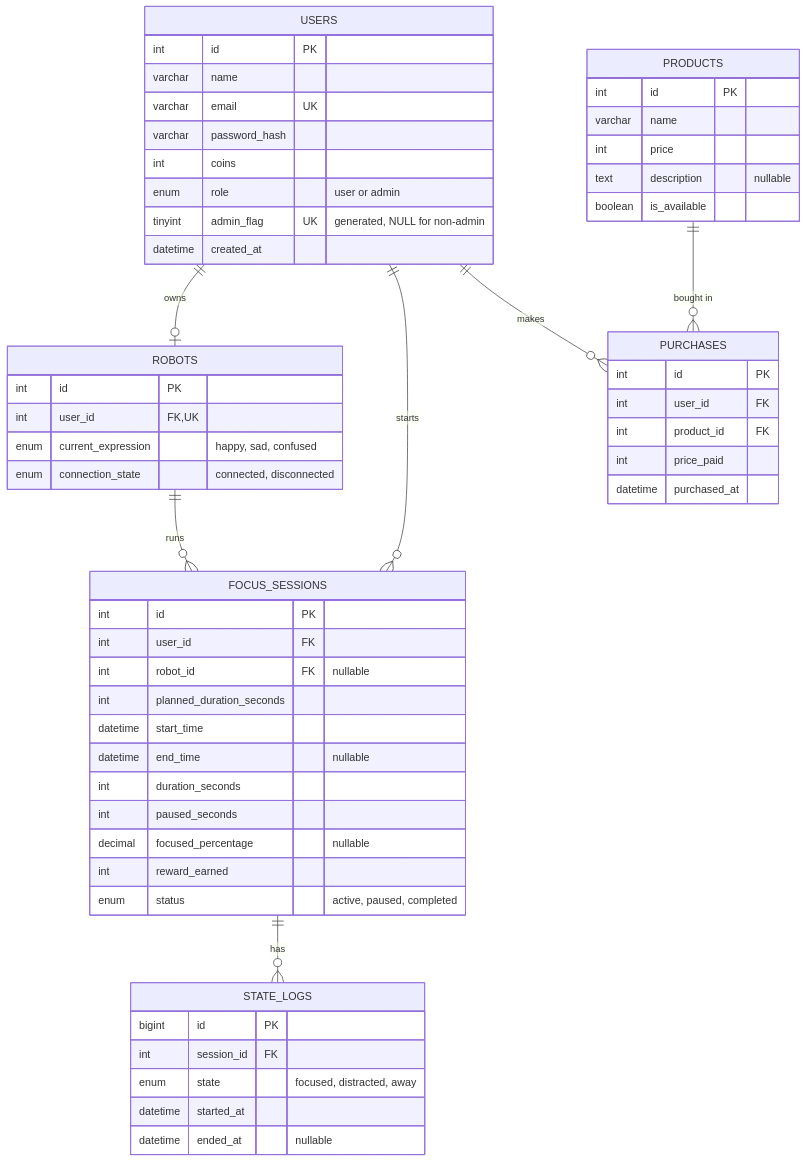
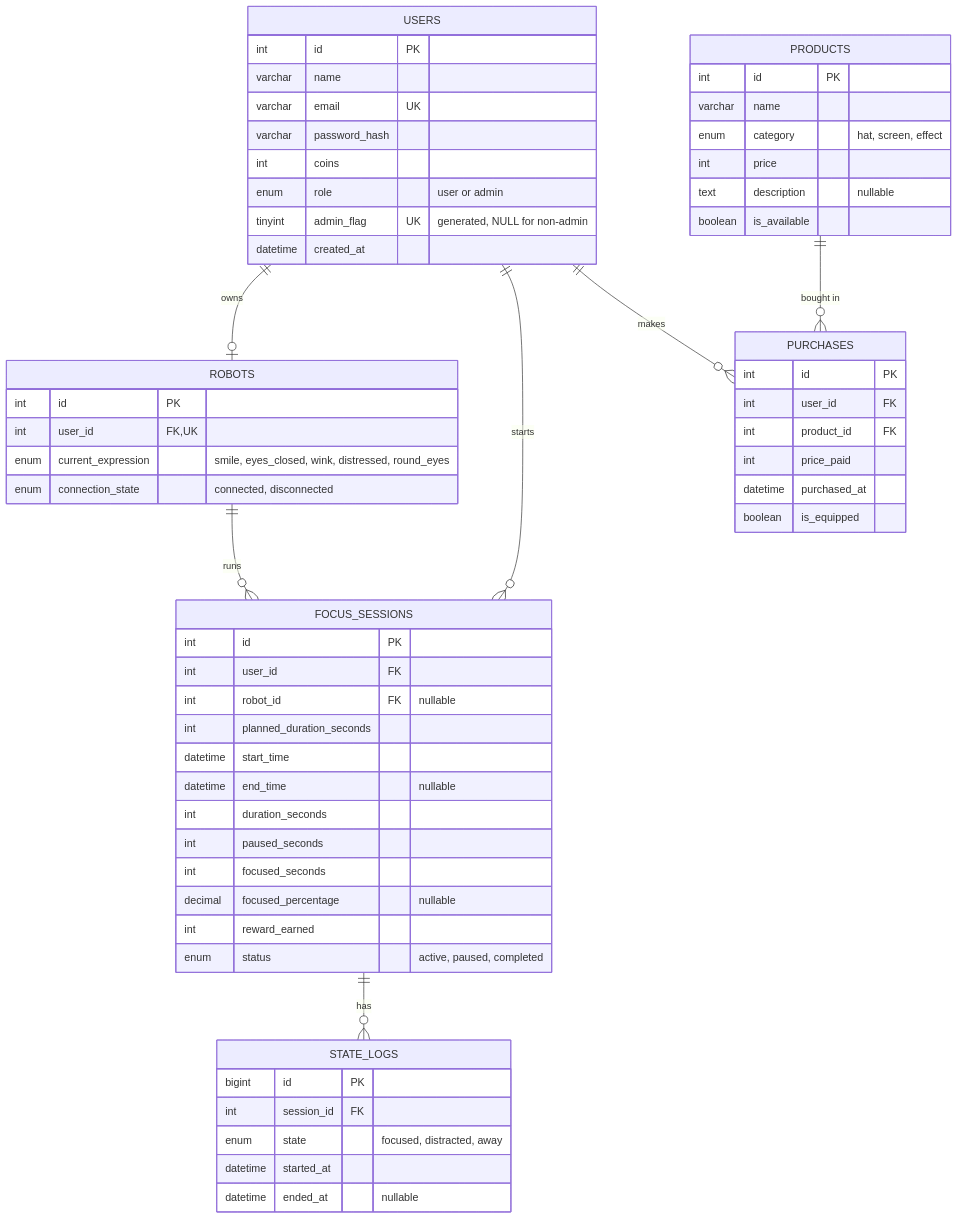
One commit to ghaid999/Kaboom changed the third of 6 diagrams in Technical Documentation (Stage 3)/README.md. Above: the diagram before and after it, drawn with Mermaid. The commit also changed other lines of this file, not shown here.

````diff
--- a/Technical Documentation (Stage 3)/README.md
+++ b/Technical Documentation (Stage 3)/README.md
@@ -234,65 +434,68 @@
 ```mermaid
 erDiagram
     USERS ||--o| ROBOTS : owns
     USERS ||--o{ FOCUS_SESSIONS : starts
     ROBOTS ||--o{ FOCUS_SESSIONS : runs
     FOCUS_SESSIONS ||--o{ STATE_LOGS : has
     USERS ||--o{ PURCHASES : makes
     PRODUCTS ||--o{ PURCHASES : "bought in"
 
     USERS {
         int id PK
         varchar name
         varchar email UK
         varchar password_hash
         int coins
         enum role "user or admin"
         tinyint admin_flag UK "generated, NULL for non-admin"
         datetime created_at
     }
 
     ROBOTS {
         int id PK
         int user_id FK, UK
-        enum current_expression "happy, sad, confused"
+        enum current_expression "smile, eyes_closed, wink, distressed, round_eyes"
         enum connection_state "connected, disconnected"
     }
 
     FOCUS_SESSIONS {
         int id PK
         int user_id FK
         int robot_id FK "nullable"
         int planned_duration_seconds
         datetime start_time
         datetime end_time "nullable"
         int duration_seconds
         int paused_seconds
+        int focused_seconds
         decimal focused_percentage "nullable"
         int reward_earned
         enum status "active, paused, completed"
     }
 
     STATE_LOGS {
         bigint id PK
         int session_id FK
         enum state "focused, distracted, away"
         datetime started_at
         datetime ended_at "nullable"
     }
 
     PRODUCTS {
         int id PK
         varchar name
+        enum category "hat, screen, effect"
         int price
         text description "nullable"
         boolean is_available
     }
 
     PURCHASES {
         int id PK
         int user_id FK
         int product_id FK
         int price_paid
         datetime purchased_at
+        boolean is_equipped
     }
 ```
````
